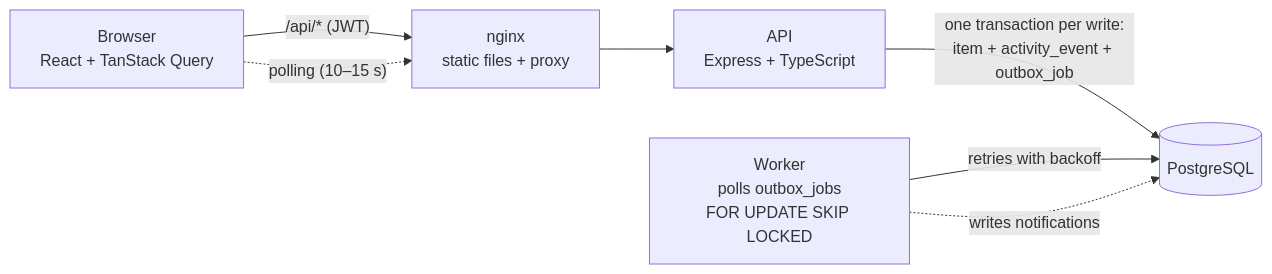
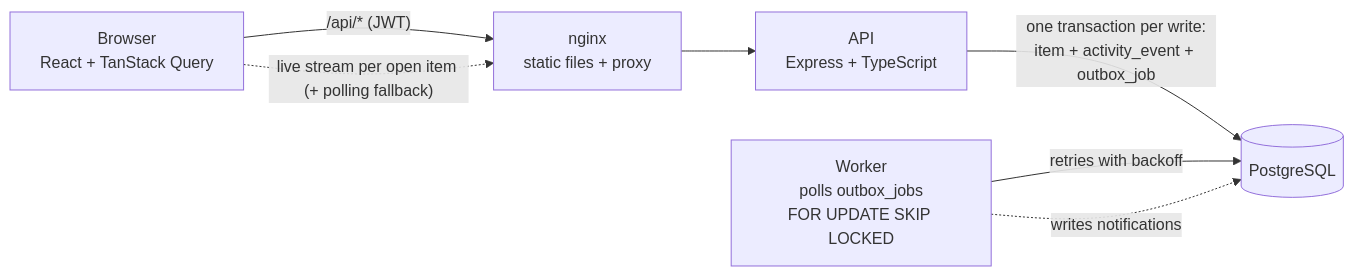
Before and after one commit to Aryanonghub/newtonite-ops-23131010564: the diagram in README.md, drawn with Mermaid. The commit also changed other lines of this file and 24 other files, not shown here.

First line of the commit message:
feat: request-id logging, login rate limiting, idempotent claim/transition/comments, live item updates, EXPLAIN script

````diff
--- a/README.md
+++ b/README.md
@@ -143,9 +147,9 @@
 ```mermaid
 flowchart LR
   B["Browser<br/>React + TanStack Query"] -- "/api/* (JWT)" --> N["nginx<br/>static files + proxy"]
   N --> A["API<br/>Express + TypeScript"]
   A -- "one transaction per write:<br/>item + activity_event + outbox_job" --> P[("PostgreSQL")]
   W["Worker<br/>polls outbox_jobs<br/>FOR UPDATE SKIP LOCKED"] -- "retries with backoff" --> P
   W -. "writes notifications" .-> P
-  B -. "polling (10–15 s)" .-> N
+  B -. "live stream per open item (+ polling fallback)" .-> N
 ```
````
